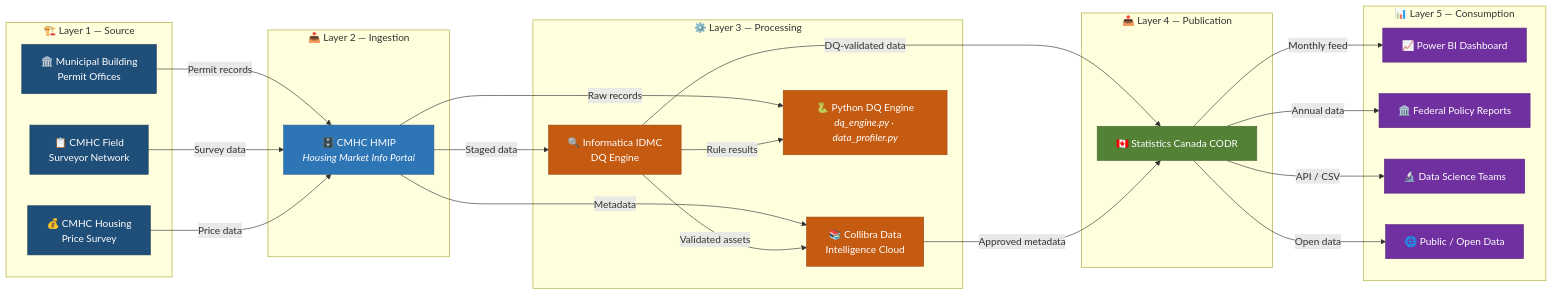
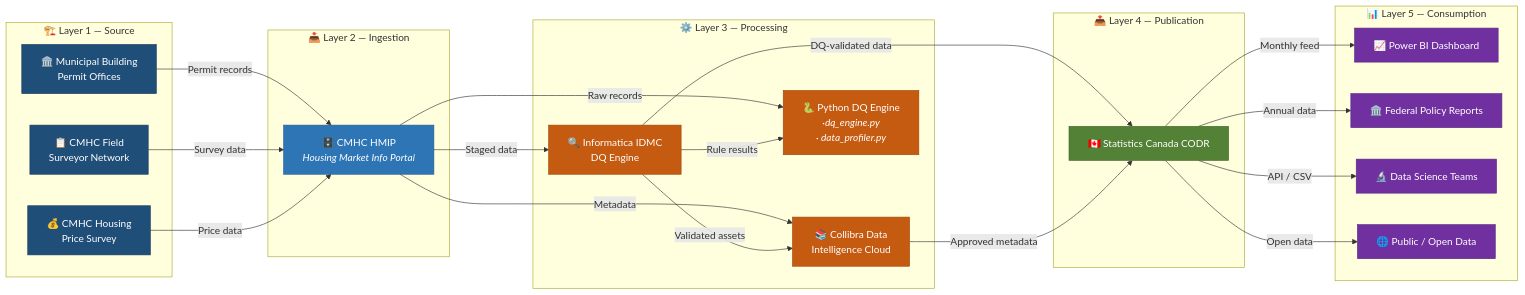
The diagram in README.md (rkdhakal/cmhc-housing-data-governance), drawn with Mermaid before and after one commit.

Commit message:
Typo error fixed

````diff
--- a/README.md
+++ b/README.md
@@ -96,50 +96,50 @@
 ```mermaid
 graph LR
     subgraph SOURCE ["🏗️ Layer 1 — Source"]
         S1["🏛️ Municipal Building<br/>Permit Offices"]
         S2["📋 CMHC Field<br/>Surveyor Network"]
         S3["💰 CMHC Housing<br/>Price Survey"]
     end
     subgraph INGEST ["📥 Layer 2 — Ingestion"]
         I1["🗄️ CMHC HMIP<br/><i>Housing Market Info Portal</i>"]
     end
     subgraph PROCESS ["⚙️ Layer 3 — Processing"]
         P1["🔍 Informatica IDMC <br/> DQ Engine"]
         P2["📚 Collibra Data <br/>Intelligence Cloud"]
-        P3["🐍 Python DQ Engine<br/><i>dq_engine.py · data_profiler.py</i>"]
+        P3["🐍 Python DQ Engine<br/><i>·dq_engine.py <br/> · data_profiler.py</i>"]
     end
     subgraph PUBLISH ["📤 Layer 4 — Publication"]
         PB1["🇨🇦 Statistics Canada CODR"]
     end
     subgraph CONSUME ["📊 Layer 5 — Consumption"]
         C1["📈 Power BI Dashboard"]
         C2["🏛️ Federal Policy Reports"]
         C3["🔬 Data Science Teams"]
         C4["🌐 Public / Open Data"]
     end
     S1 -->|"Permit records"| I1
     S2 -->|"Survey data"| I1
     S3 -->|"Price data"| I1
     I1 -->|"Staged data"| P1
     I1 -->|"Metadata"| P2
     I1 -->|"Raw records"| P3
     P1 -->|"Validated assets"| P2
     P1 -->|"Rule results"| P3
     P1 -->|"DQ-validated data"| PB1
     P2 -->|"Approved metadata"| PB1
     PB1 -->|"Monthly feed"| C1
     PB1 -->|"Annual data"| C2
     PB1 -->|"API / CSV"| C3
     PB1 -->|"Open data"| C4
 
     classDef source fill:#1F4E79,stroke:#1a3d5c,color:#fff
     classDef ingest fill:#2E75B6,stroke:#245d91,color:#fff
     classDef process fill:#C55A11,stroke:#9e480e,color:#fff
     classDef publish fill:#538135,stroke:#42672a,color:#fff
     classDef consume fill:#7030A0,stroke:#5a2680,color:#fff
     class S1,S2,S3 source
     class I1 ingest
     class P1,P2,P3 process
     class PB1 publish
     class C1,C2,C3,C4 consume
 ```
````
